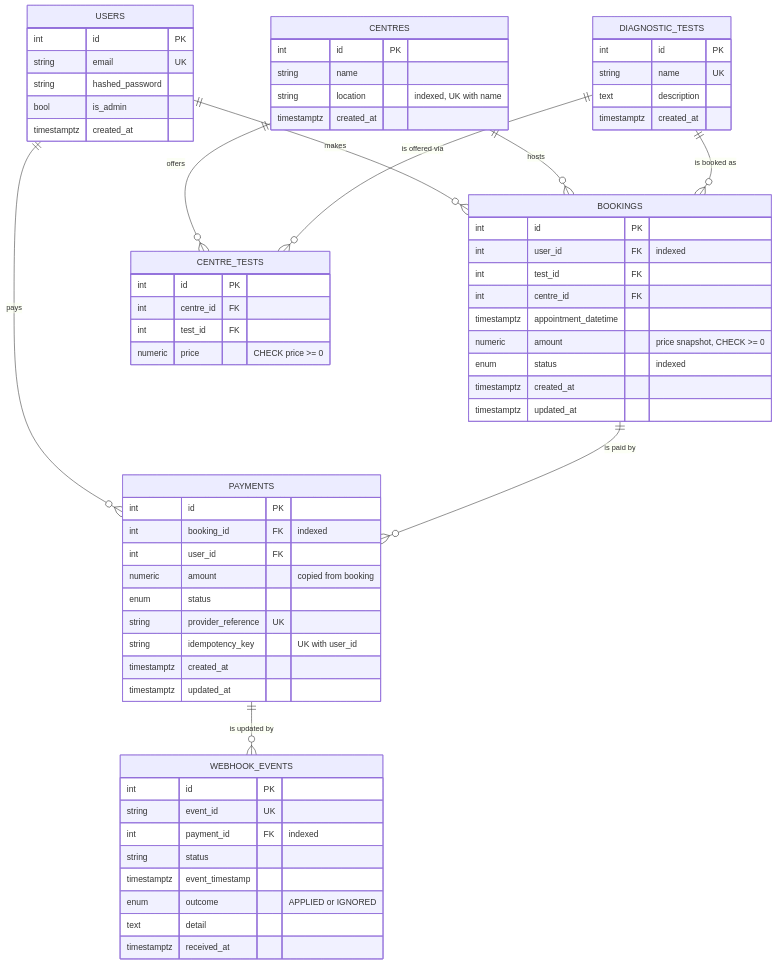
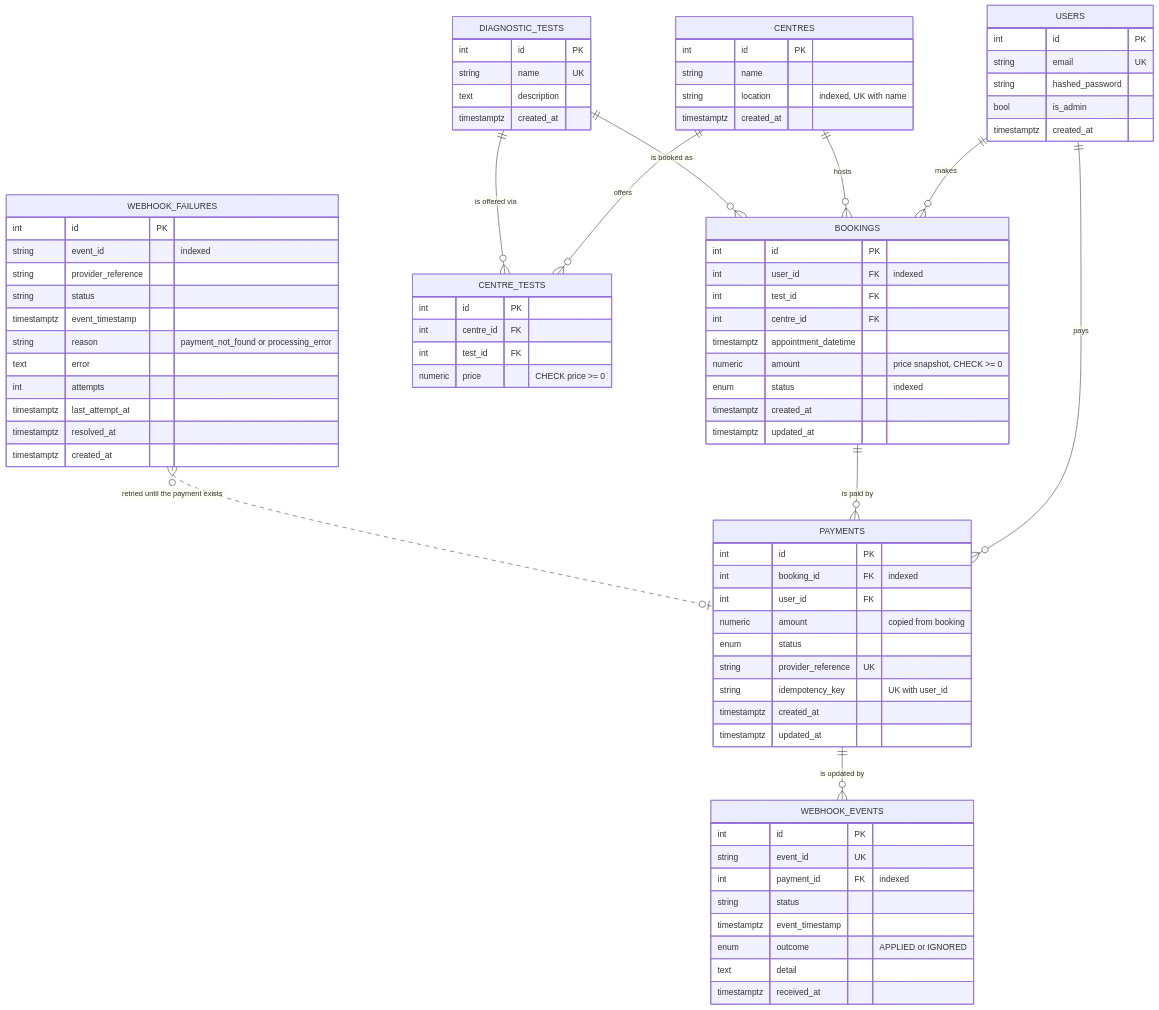
The first of 3 diagrams in README.md (vidhi1405abes/eve-healthcare-backend), drawn with Mermaid before and after one commit. The commit also changed other lines of this file and 1 other file, not shown here.

Commit message:
docs: Redis cache, Celery jobs, failed webhook retries, configuration table

````diff
--- a/README.md
+++ b/README.md
@@ -248,6 +281,7 @@
     DIAGNOSTIC_TESTS ||--o{ BOOKINGS : "is booked as"
     BOOKINGS ||--o{ PAYMENTS : "is paid by"
     PAYMENTS ||--o{ WEBHOOK_EVENTS : "is updated by"
+    WEBHOOK_FAILURES }o..o| PAYMENTS : "retried until the payment exists"
 
     USERS {
         int id PK
@@ -306,4 +340,17 @@
         text detail
         timestamptz received_at
     }
+    WEBHOOK_FAILURES {
+        int id PK
+        string event_id "indexed"
+        string provider_reference
+        string status
+        timestamptz event_timestamp
+        string reason "payment_not_found or processing_error"
+        text error
+        int attempts
+        timestamptz last_attempt_at
+        timestamptz resolved_at
+        timestamptz created_at
+    }
 ```
````
